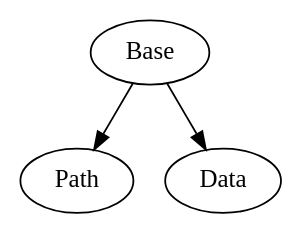
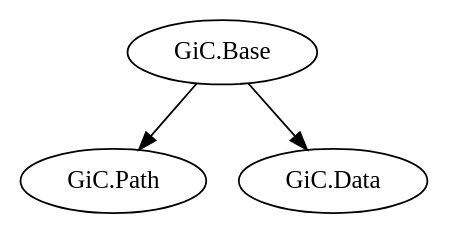
The diagram in lib.dot (Hexirp/googology-in-coq), drawn with Graphviz before and after one commit. The commit also changed other lines of this file, not shown here.

Commit message:
Update: モジュール名をフルネームにする

```diff
--- a/lib.dot
+++ b/lib.dot
@@ -1,11 +1,11 @@
 # 左は単純、右は複雑。上は純粋的、下は複雑的。
 # neato を使用せよ。
 
 digraph G {
-    Base -> Path;
-    Base -> Data;
+    "GiC.Base" -> "GiC.Path";
+    "GiC.Base" -> "GiC.Data";
 
-    Base [pos = "0,0", pin = true];
-    Path [pos = "4,0", pin = true];
-    Data [pos = "2,-2", pin = true];
+    "GiC.Base" [pos = "0,0", pin = true];
+    "GiC.Path" [pos = "4,0", pin = true];
+    "GiC.Data" [pos = "2,-2", pin = true];
 }
```
